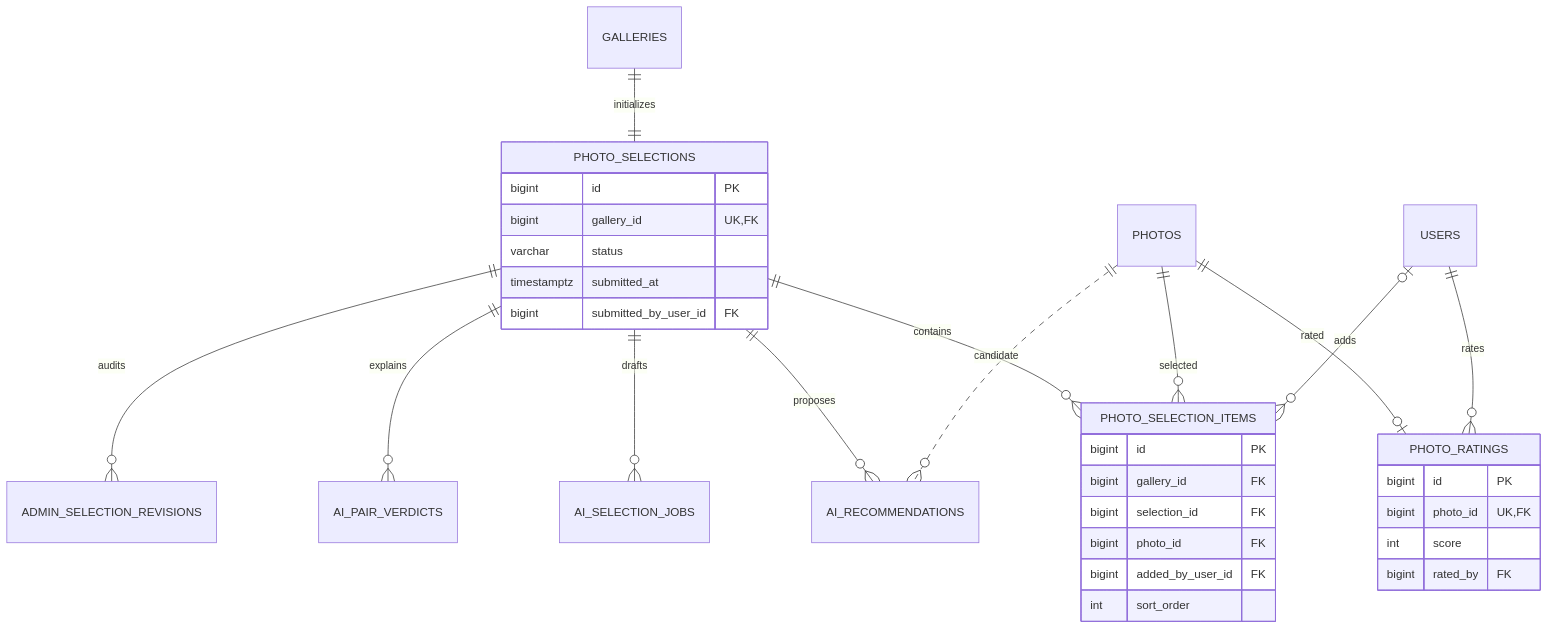
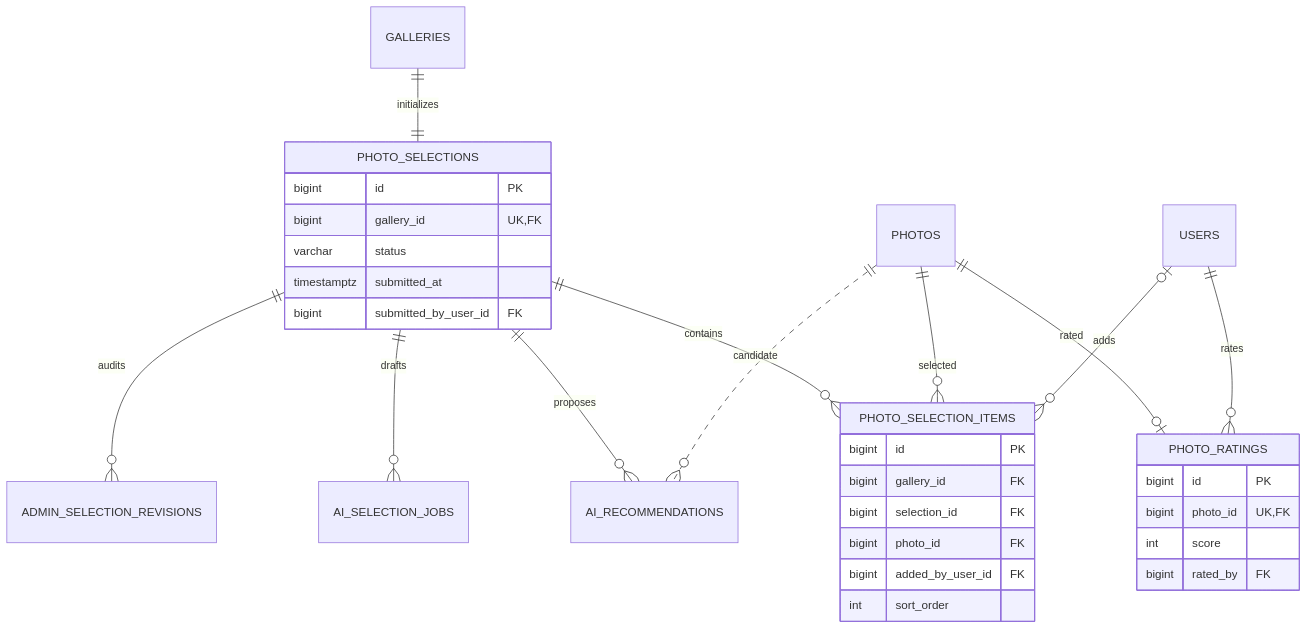
Before and after one commit to organic-agent/WES-DOCS: the diagram in docs/data-model/selection-recommendation.md, drawn with Mermaid. The commit also changed other lines of this file and 2 other files, not shown here.

````diff
--- a/docs/data-model/selection-recommendation.md
+++ b/docs/data-model/selection-recommendation.md
@@ -21,36 +21,35 @@
 ```mermaid
 erDiagram
     GALLERIES ||--|| PHOTO_SELECTIONS : initializes
     PHOTO_SELECTIONS ||--o{ PHOTO_SELECTION_ITEMS : contains
     PHOTOS ||--o{ PHOTO_SELECTION_ITEMS : selected
     USERS |o--o{ PHOTO_SELECTION_ITEMS : adds
     PHOTOS ||--o| PHOTO_RATINGS : rated
     USERS ||--o{ PHOTO_RATINGS : rates
     PHOTO_SELECTIONS ||--o{ AI_SELECTION_JOBS : drafts
     PHOTO_SELECTIONS ||--o{ AI_RECOMMENDATIONS : proposes
     PHOTOS ||..o{ AI_RECOMMENDATIONS : candidate
-    PHOTO_SELECTIONS ||--o{ AI_PAIR_VERDICTS : explains
     PHOTO_SELECTIONS ||--o{ ADMIN_SELECTION_REVISIONS : audits
 
     PHOTO_SELECTIONS {
       bigint id PK
       bigint gallery_id UK,FK
       varchar status
       timestamptz submitted_at
       bigint submitted_by_user_id FK
     }
     PHOTO_SELECTION_ITEMS {
       bigint id PK
       bigint gallery_id FK
       bigint selection_id FK
       bigint photo_id FK
       bigint added_by_user_id FK
       int sort_order
     }
     PHOTO_RATINGS {
       bigint id PK
       bigint photo_id UK,FK
       int score
       bigint rated_by FK
     }
 ```
````
